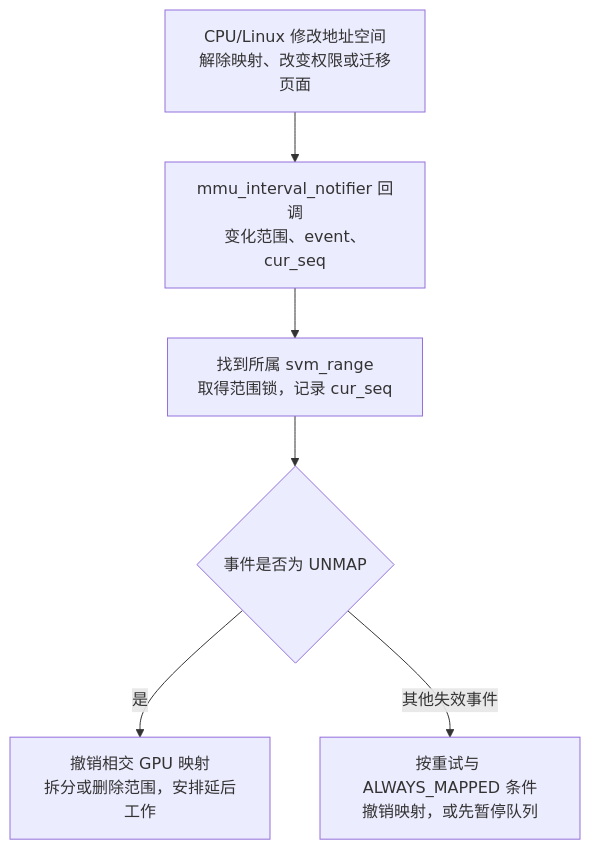
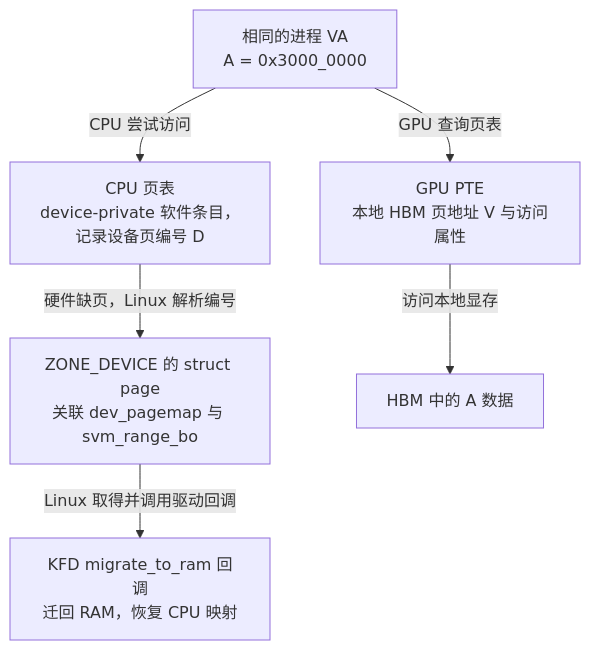
Before and after one commit to hxfei-git/gpu-study: the eighth of 13 diagrams in 05_HMM 与 SVM：GPU 缺页恢复与页面迁移.md, drawn with Mermaid. The commit also changed other lines of this file and 4 other files, not shown here.

````diff
--- a/05_HMM 与 SVM：GPU 缺页恢复与页面迁移.md
+++ b/05_HMM 与 SVM：GPU 缺页恢复与页面迁移.md
@@ -1434,12 +1901,14 @@
 ```mermaid
 flowchart TD
-    C["CPU/Linux 修改地址空间<br/>解除映射、改变权限或迁移页面"]
-    N["mmu_interval_notifier 回调<br/>变化范围、event、cur_seq"]
-    L["找到所属 svm_range<br/>取得范围锁，记录 cur_seq"]
-    E{"事件是否为 UNMAP"}
-    U["撤销相交 GPU 映射<br/>拆分或删除范围，安排延后工作"]
-    R["按重试与 ALWAYS_MAPPED 条件<br/>撤销映射，或先暂停队列"]
-    C --> N --> L --> E
-    E -->|是| U
-    E -->|其他失效事件| R
+    A["相同的进程 VA<br/>A = 0x3000_0000"]
+    C["CPU 页表<br/>device-private 软件条目，记录设备页编号 D"]
+    P["ZONE_DEVICE 的 struct page<br/>关联 dev_pagemap 与 svm_range_bo"]
+    G["GPU PTE<br/>本地 HBM 页地址 V 与访问属性"]
+    H["HBM 中的 A 数据"]
+    R["KFD migrate_to_ram 回调<br/>迁回 RAM，恢复 CPU 映射"]
+    A -->|CPU 尝试访问| C
+    C -->|硬件缺页，Linux 解析编号| P
+    P -->|Linux 取得并调用驱动回调| R
+    A -->|GPU 查询页表| G
+    G -->|访问本地显存| H
 ```
````
